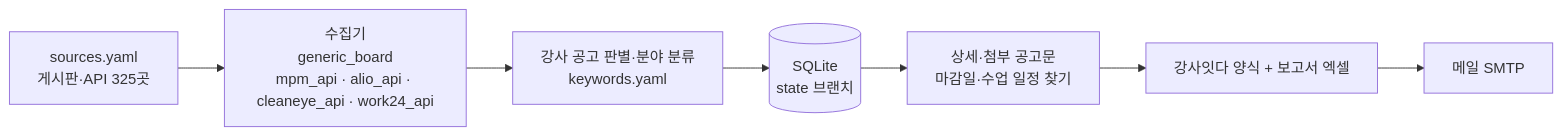
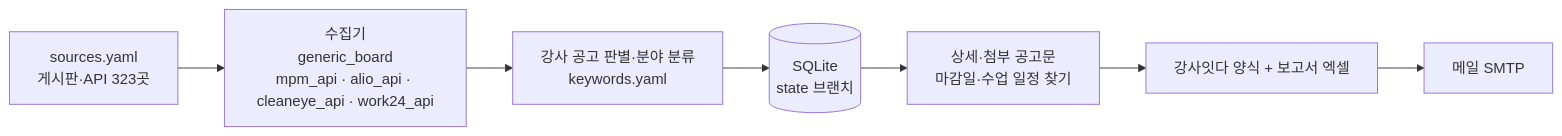
Before and after one commit to thskal17-sudo/busan-school-company: the diagram in docs/DESIGN.md, drawn with Mermaid. The commit also changed other lines of this file and 5 other files, not shown here.

````diff
--- a/docs/DESIGN.md
+++ b/docs/DESIGN.md
@@ -32,9 +32,9 @@
 ```mermaid
 flowchart LR
-    S[sources.yaml<br/>게시판·API 325곳] --> C[수집기<br/>generic_board<br/>mpm_api · alio_api · cleaneye_api · work24_api]
+    S[sources.yaml<br/>게시판·API 323곳] --> C[수집기<br/>generic_board<br/>mpm_api · alio_api · cleaneye_api · work24_api]
     C --> F[강사 공고 판별·분야 분류<br/>keywords.yaml]
     F --> D[(SQLite<br/>state 브랜치)]
     D --> I[상세·첨부 공고문<br/>마감일·수업 일정 찾기]
     I --> X[강사잇다 양식 + 보고서 엑셀]
     X --> M[메일 SMTP]
 ```
````
